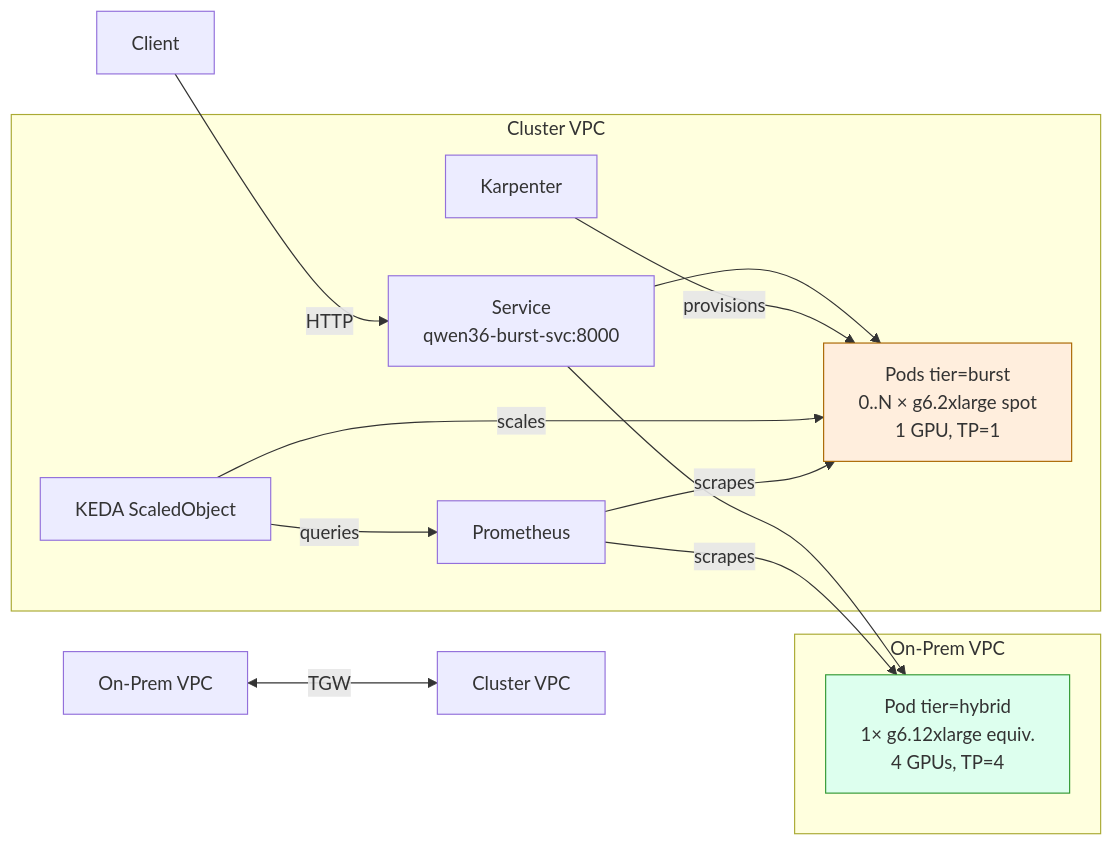
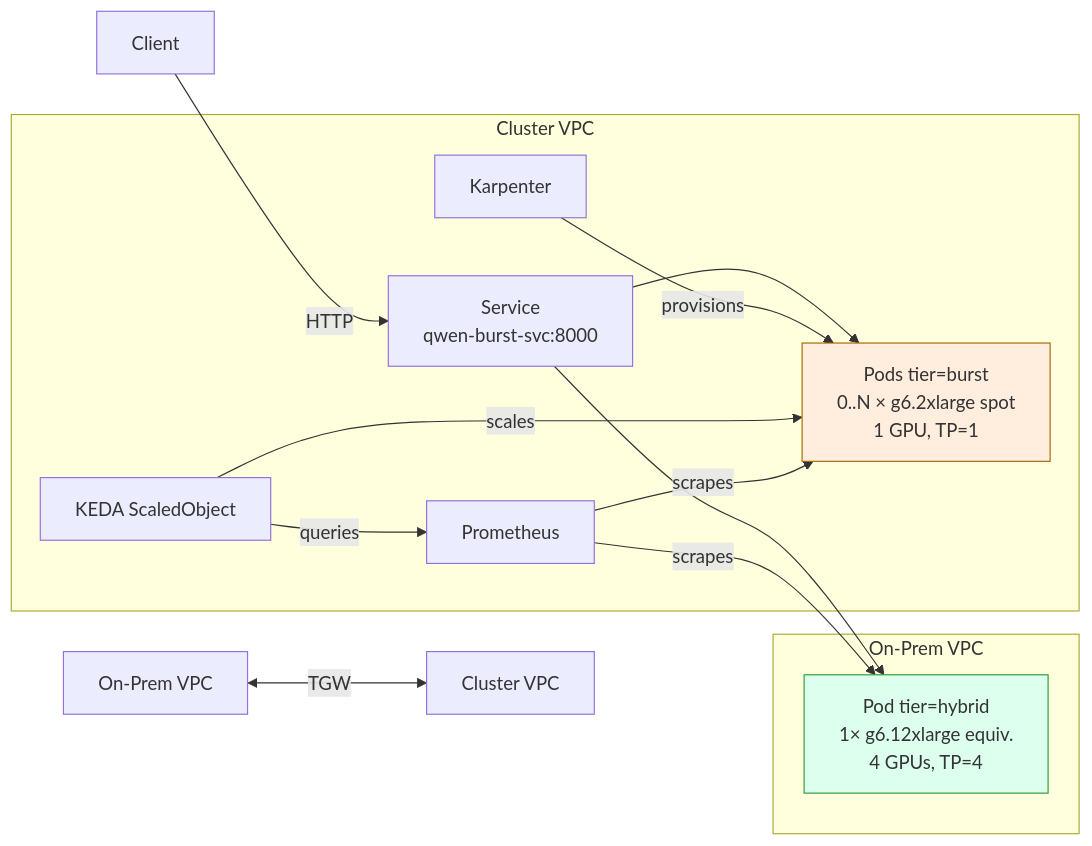
One commit to aws-samples/sample-eks-hybrid-nodes-gpu-burst-scaling changed the diagram in manifests/burst-scaling/README.md. Above: the diagram before and after it, drawn with Mermaid. The commit also changed other lines of this file and 33 other files, not shown here.

````diff
--- a/manifests/burst-scaling/README.md
+++ b/manifests/burst-scaling/README.md
@@ -10,25 +10,25 @@
 ```mermaid
 flowchart LR
-    Client[Client] -->|HTTP| Svc[Service<br/>qwen36-burst-svc:8000]
+    Client[Client] -->|HTTP| Svc[Service<br/>qwen-burst-svc:8000]
     Svc --> Hybrid[Pod tier=hybrid<br/>1× g6.12xlarge equiv.<br/>4 GPUs, TP=4]
     Svc --> Burst[Pods tier=burst<br/>0..N × g6.2xlarge spot<br/>1 GPU, TP=1]
 
     subgraph On-Prem VPC
         Hybrid
     end
     subgraph Cluster VPC
         Svc
         Burst
         Karpenter[Karpenter] -->|provisions| Burst
         KEDA[KEDA ScaledObject] -->|scales| Burst
         Prom[Prometheus] -->|scrapes| Hybrid
         Prom -->|scrapes| Burst
         KEDA -->|queries| Prom
     end
     OnPrem[On-Prem VPC] <-->|TGW| Cluster[Cluster VPC]
 
     classDef hybrid fill:#dfe,stroke:#393
     classDef burst fill:#fed,stroke:#a60
     class Hybrid hybrid
     class Burst burst
 ```
````
